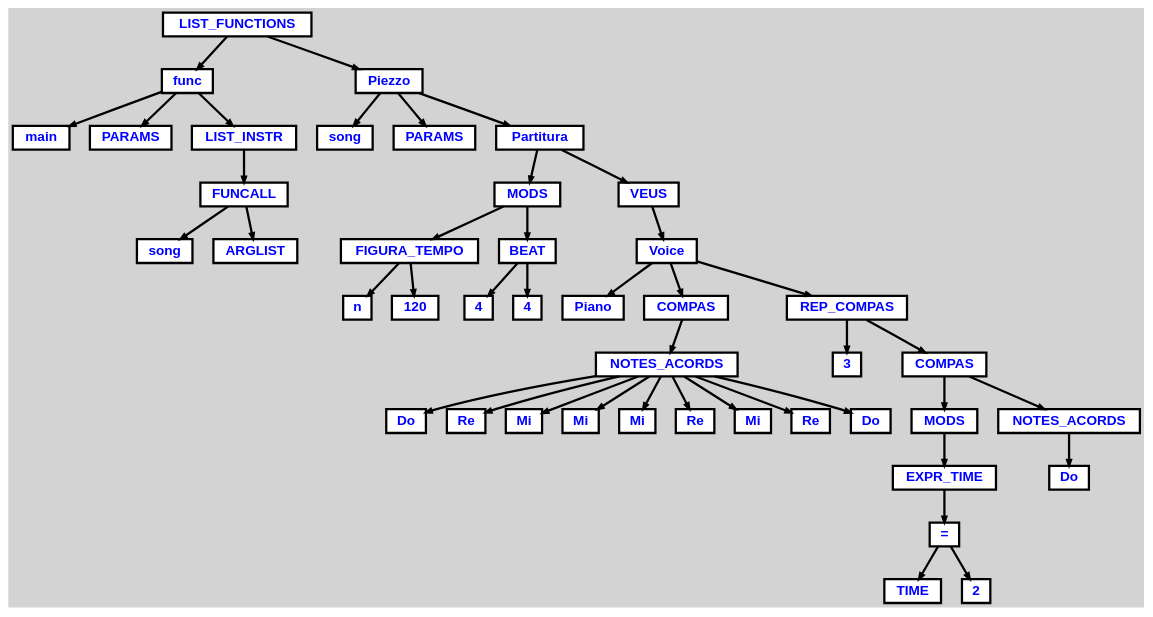
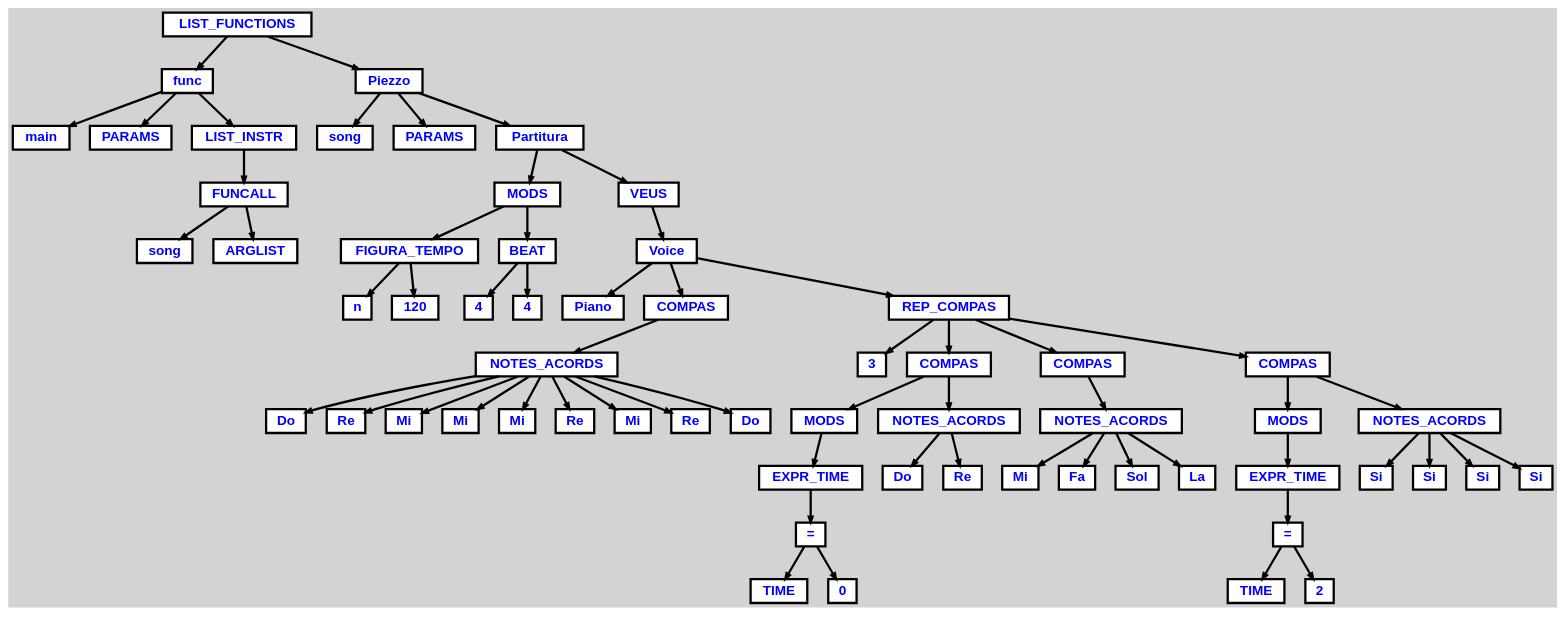
The diagram in inputs/input5.dot (marcbenedi/MusicLanguage), drawn with Graphviz before and after one commit. The commit also changed 7 other files, not shown here.

```diff
--- a/inputs/input5.dot
+++ b/inputs/input5.dot
@@ -1,114 +1,157 @@
 digraph {
 
 	ordering=out;
 	ranksep=.4;
 	bgcolor="lightgrey"; node [shape=box, fixedsize=false, fontsize=12, fontname="Helvetica-bold", fontcolor="blue"
 		width=.25, height=.25, color="black", fillcolor="white", style="filled, solid, bold"];
 	edge [arrowsize=.5, color="black", style="bold"]
 
   n0 [label="LIST_FUNCTIONS"];
   n1 [label="func"];
   n1 [label="func"];
   n2 [label="main"];
   n3 [label="PARAMS"];
   n4 [label="LIST_INSTR"];
   n4 [label="LIST_INSTR"];
   n5 [label="FUNCALL"];
   n5 [label="FUNCALL"];
   n6 [label="song"];
   n7 [label="ARGLIST"];
   n8 [label="Piezzo"];
   n8 [label="Piezzo"];
   n9 [label="song"];
   n10 [label="PARAMS"];
   n11 [label="Partitura"];
   n11 [label="Partitura"];
   n12 [label="MODS"];
   n12 [label="MODS"];
   n13 [label="FIGURA_TEMPO"];
   n13 [label="FIGURA_TEMPO"];
   n14 [label="n"];
   n15 [label="120"];
   n16 [label="BEAT"];
   n16 [label="BEAT"];
   n17 [label="4"];
   n18 [label="4"];
   n19 [label="VEUS"];
   n19 [label="VEUS"];
   n20 [label="Voice"];
   n20 [label="Voice"];
   n21 [label="Piano"];
   n22 [label="COMPAS"];
   n22 [label="COMPAS"];
   n23 [label="NOTES_ACORDS"];
   n23 [label="NOTES_ACORDS"];
   n24 [label="Do"];
   n25 [label="Re"];
   n26 [label="Mi"];
   n27 [label="Mi"];
   n28 [label="Mi"];
   n29 [label="Re"];
   n30 [label="Mi"];
   n31 [label="Re"];
   n32 [label="Do"];
   n33 [label="REP_COMPAS"];
   n33 [label="REP_COMPAS"];
   n34 [label="3"];
   n35 [label="COMPAS"];
   n35 [label="COMPAS"];
   n36 [label="MODS"];
   n36 [label="MODS"];
   n37 [label="EXPR_TIME"];
   n37 [label="EXPR_TIME"];
   n38 [label="="];
   n38 [label="="];
   n39 [label="TIME"];
-  n40 [label="2"];
+  n40 [label="0"];
   n41 [label="NOTES_ACORDS"];
   n41 [label="NOTES_ACORDS"];
   n42 [label="Do"];
+  n43 [label="Re"];
+  n44 [label="COMPAS"];
+  n44 [label="COMPAS"];
+  n45 [label="NOTES_ACORDS"];
+  n45 [label="NOTES_ACORDS"];
+  n46 [label="Mi"];
+  n47 [label="Fa"];
+  n48 [label="Sol"];
+  n49 [label="La"];
+  n50 [label="COMPAS"];
+  n50 [label="COMPAS"];
+  n51 [label="MODS"];
+  n51 [label="MODS"];
+  n52 [label="EXPR_TIME"];
+  n52 [label="EXPR_TIME"];
+  n53 [label="="];
+  n53 [label="="];
+  n54 [label="TIME"];
+  n55 [label="2"];
+  n56 [label="NOTES_ACORDS"];
+  n56 [label="NOTES_ACORDS"];
+  n57 [label="Si"];
+  n58 [label="Si"];
+  n59 [label="Si"];
+  n60 [label="Si"];
 
   n0 -> n1 // "LIST_FUNCTIONS" -> "func"
   n1 -> n2 // "func" -> "main"
   n1 -> n3 // "func" -> "PARAMS"
   n1 -> n4 // "func" -> "LIST_INSTR"
   n4 -> n5 // "LIST_INSTR" -> "FUNCALL"
   n5 -> n6 // "FUNCALL" -> "song"
   n5 -> n7 // "FUNCALL" -> "ARGLIST"
   n0 -> n8 // "LIST_FUNCTIONS" -> "Piezzo"
   n8 -> n9 // "Piezzo" -> "song"
   n8 -> n10 // "Piezzo" -> "PARAMS"
   n8 -> n11 // "Piezzo" -> "Partitura"
   n11 -> n12 // "Partitura" -> "MODS"
   n12 -> n13 // "MODS" -> "FIGURA_TEMPO"
   n13 -> n14 // "FIGURA_TEMPO" -> "n"
   n13 -> n15 // "FIGURA_TEMPO" -> "120"
   n12 -> n16 // "MODS" -> "BEAT"
   n16 -> n17 // "BEAT" -> "4"
   n16 -> n18 // "BEAT" -> "4"
   n11 -> n19 // "Partitura" -> "VEUS"
   n19 -> n20 // "VEUS" -> "Voice"
   n20 -> n21 // "Voice" -> "Piano"
   n20 -> n22 // "Voice" -> "COMPAS"
   n22 -> n23 // "COMPAS" -> "NOTES_ACORDS"
   n23 -> n24 // "NOTES_ACORDS" -> "Do"
   n23 -> n25 // "NOTES_ACORDS" -> "Re"
   n23 -> n26 // "NOTES_ACORDS" -> "Mi"
   n23 -> n27 // "NOTES_ACORDS" -> "Mi"
   n23 -> n28 // "NOTES_ACORDS" -> "Mi"
   n23 -> n29 // "NOTES_ACORDS" -> "Re"
   n23 -> n30 // "NOTES_ACORDS" -> "Mi"
   n23 -> n31 // "NOTES_ACORDS" -> "Re"
   n23 -> n32 // "NOTES_ACORDS" -> "Do"
   n20 -> n33 // "Voice" -> "REP_COMPAS"
   n33 -> n34 // "REP_COMPAS" -> "3"
   n33 -> n35 // "REP_COMPAS" -> "COMPAS"
   n35 -> n36 // "COMPAS" -> "MODS"
   n36 -> n37 // "MODS" -> "EXPR_TIME"
   n37 -> n38 // "EXPR_TIME" -> "="
   n38 -> n39 // "=" -> "TIME"
-  n38 -> n40 // "=" -> "2"
+  n38 -> n40 // "=" -> "0"
   n35 -> n41 // "COMPAS" -> "NOTES_ACORDS"
   n41 -> n42 // "NOTES_ACORDS" -> "Do"
+  n41 -> n43 // "NOTES_ACORDS" -> "Re"
+  n33 -> n44 // "REP_COMPAS" -> "COMPAS"
+  n44 -> n45 // "COMPAS" -> "NOTES_ACORDS"
+  n45 -> n46 // "NOTES_ACORDS" -> "Mi"
+  n45 -> n47 // "NOTES_ACORDS" -> "Fa"
+  n45 -> n48 // "NOTES_ACORDS" -> "Sol"
+  n45 -> n49 // "NOTES_ACORDS" -> "La"
+  n33 -> n50 // "REP_COMPAS" -> "COMPAS"
+  n50 -> n51 // "COMPAS" -> "MODS"
+  n51 -> n52 // "MODS" -> "EXPR_TIME"
+  n52 -> n53 // "EXPR_TIME" -> "="
+  n53 -> n54 // "=" -> "TIME"
+  n53 -> n55 // "=" -> "2"
+  n50 -> n56 // "COMPAS" -> "NOTES_ACORDS"
+  n56 -> n57 // "NOTES_ACORDS" -> "Si"
+  n56 -> n58 // "NOTES_ACORDS" -> "Si"
+  n56 -> n59 // "NOTES_ACORDS" -> "Si"
+  n56 -> n60 // "NOTES_ACORDS" -> "Si"
 
 }
```
